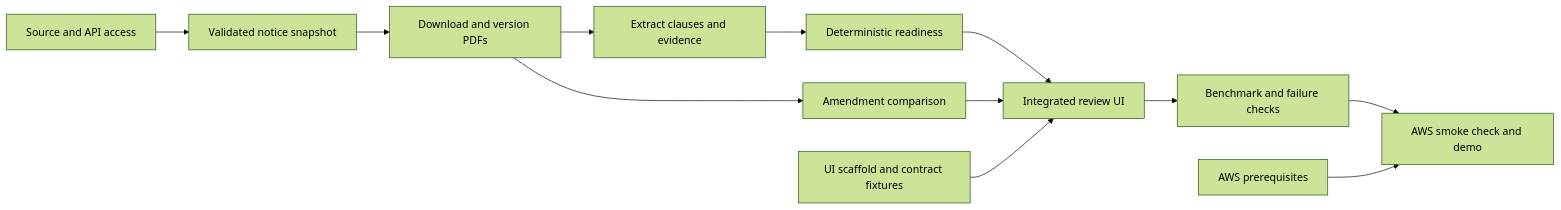
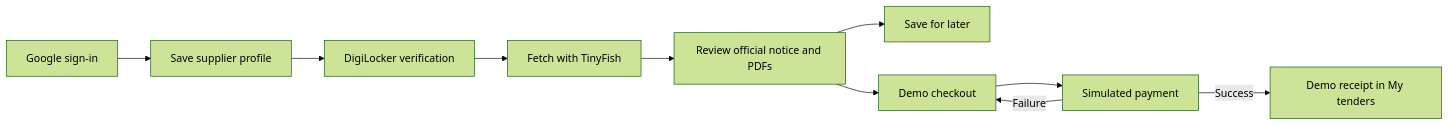
Before and after one commit to sam-eer12/iiitd-hackathon: the diagram in docs/IMPLEMENTATION_PLAN.md, drawn with Mermaid (forest theme). The commit also changed other lines of this file and 52 other files, not shown here.

Commit message:
Simplify supplier tender review and add demo checkout

````diff
--- a/docs/IMPLEMENTATION_PLAN.md
+++ b/docs/IMPLEMENTATION_PLAN.md
@@ -43,14 +23,12 @@
 ```mermaid
 flowchart LR
-    A[Source and API access] --> B[Validated notice snapshot]
-    B --> C[Download and version PDFs]
-    C --> D[Extract clauses and evidence]
-    D --> E[Deterministic readiness]
-    E --> F[Integrated review UI]
-    C --> G[Amendment comparison]
-    G --> F
-    F --> H[Benchmark and failure checks]
-    H --> I[AWS smoke check and demo]
-    J[UI scaffold and contract fixtures] --> F
-    K[AWS prerequisites] --> I
+    A[Google sign-in] --> B[Save supplier profile]
+    B --> C[DigiLocker verification]
+    C --> D[Fetch with TinyFish]
+    D --> E[Review official notice and PDFs]
+    E --> F[Save for later]
+    E --> G[Demo checkout]
+    G --> H[Simulated payment]
+    H -->|Success| I[Demo receipt in My tenders]
+    H -->|Failure| G
 ```
````
